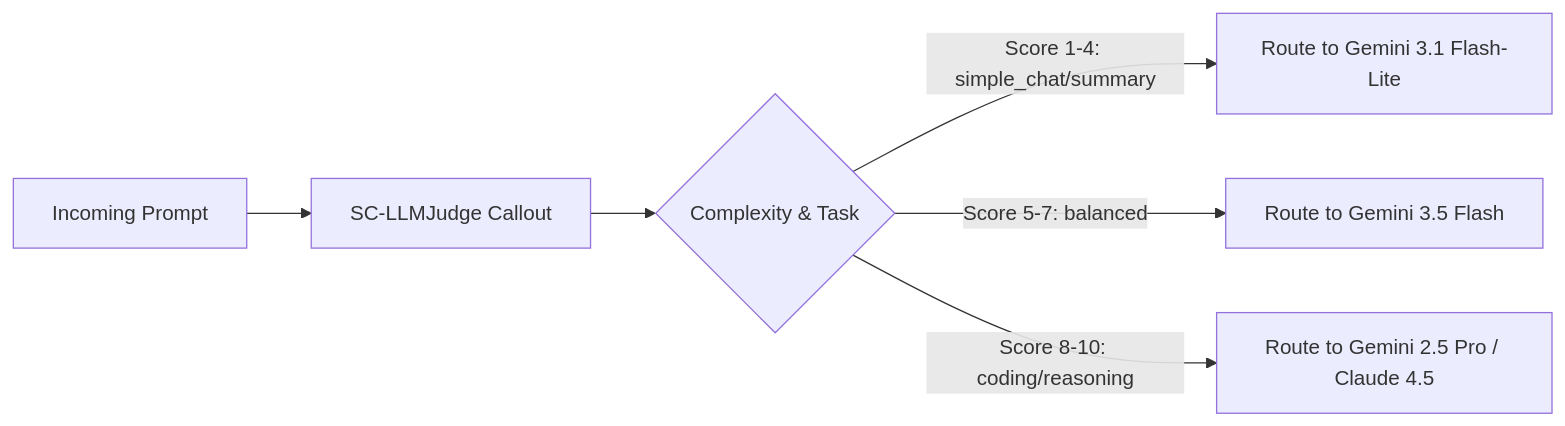
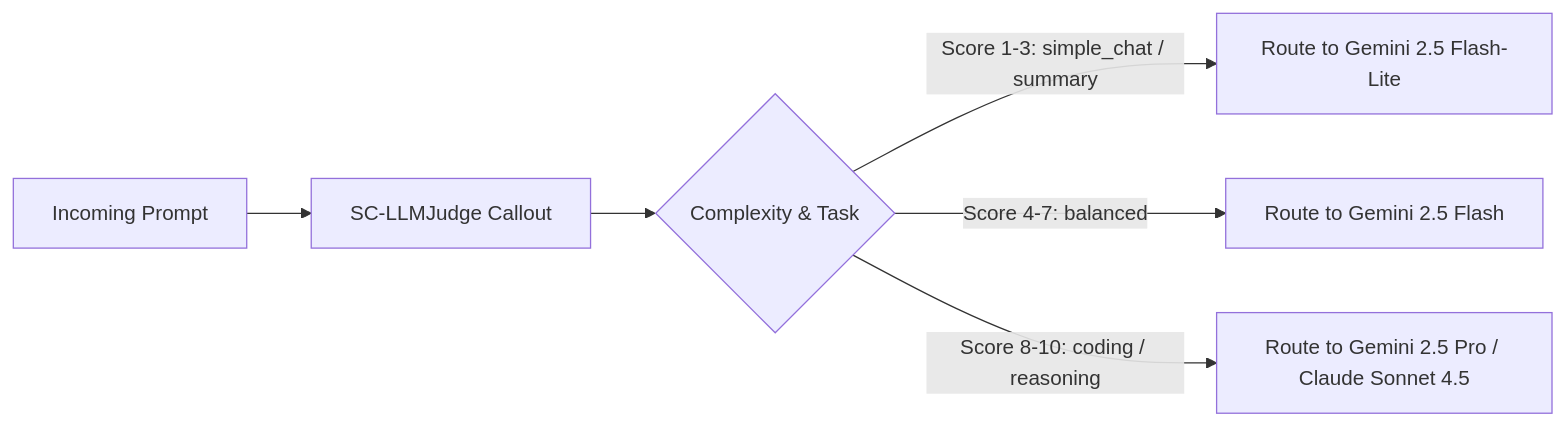
The diagram in docs/architecture/routing.md (ra2085/ai-gw-sample), drawn with Mermaid before and after one commit. The commit also changed other lines of this file and 137 other files, not shown here.

````diff
--- a/docs/architecture/routing.md
+++ b/docs/architecture/routing.md
@@ -47,8 +72,8 @@
 ```mermaid
 graph LR
     Req[Incoming Prompt] --> Judge[SC-LLMJudge Callout]
     Judge --> Eval{Complexity & Task}
-    Eval -->|Score 1-4: simple_chat/summary| Low[Route to Gemini 3.1 Flash-Lite]
-    Eval -->|Score 5-7: balanced| Med[Route to Gemini 3.5 Flash]
-    Eval -->|Score 8-10: coding/reasoning| High[Route to Gemini 2.5 Pro / Claude 4.5]
+    Eval -->|Score 1-3: simple_chat / summary| Low[Route to Gemini 2.5 Flash-Lite]
+    Eval -->|Score 4-7: balanced| Med[Route to Gemini 2.5 Flash]
+    Eval -->|Score 8-10: coding / reasoning| High[Route to Gemini 2.5 Pro / Claude Sonnet 4.5]
 ```
````
